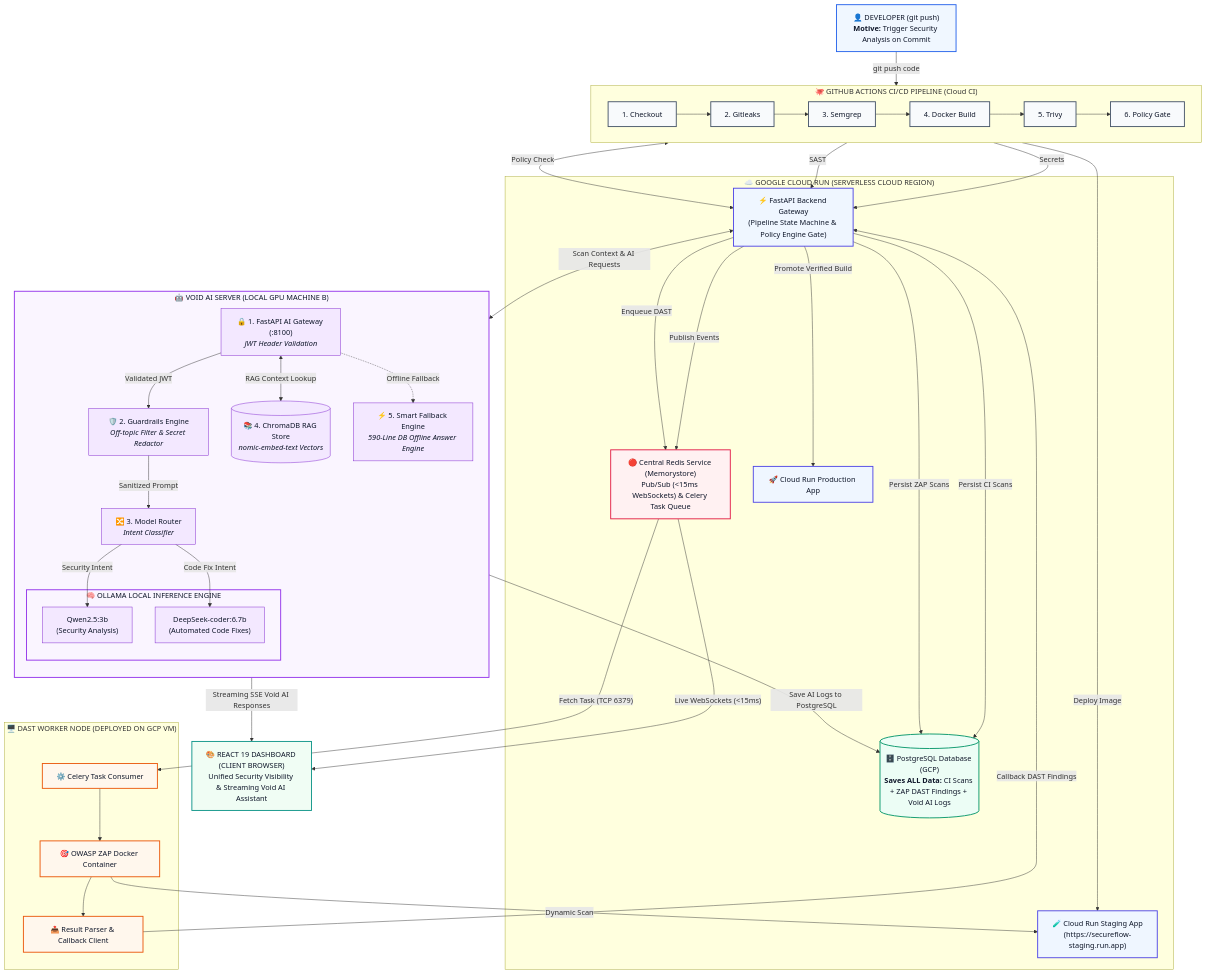
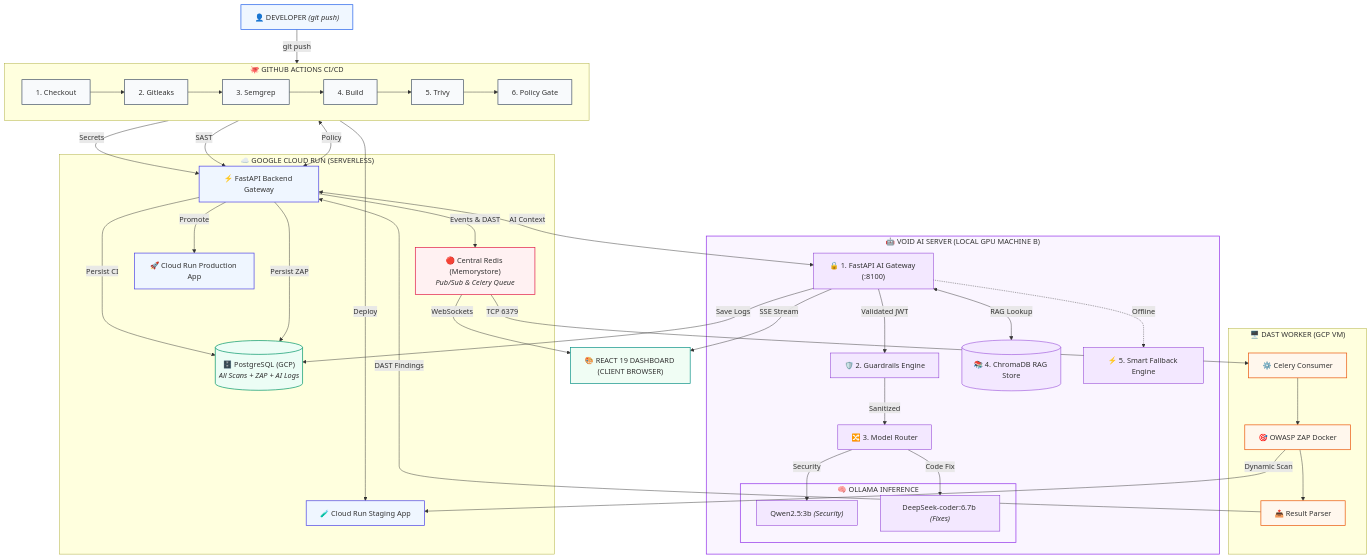
One commit to abhienix/SecureFlow changed the diagram in README.md. Above: the diagram before and after it, drawn with Mermaid.

Commit message:
docs: update architecture diagram with compact flowchart

````diff
--- a/README.md
+++ b/README.md
@@ -25,94 +25,80 @@
 ```mermaid
 flowchart TD
-    %% 1. DEVELOPER TRIGGER
-    Dev["👤 DEVELOPER (git push)<br/><b>Motive:</b> Trigger Security Analysis on Commit"]
-
-    %% 2. GITHUB ACTIONS PIPELINE (Cloud CI)
-    subgraph CI["🐙 GITHUB ACTIONS CI/CD PIPELINE (Cloud CI)"]
+    %% DEVELOPER & CI PIPELINE
+    Dev["👤 DEVELOPER <i>(git push)</i>"] -->|"git push"| CI
+    subgraph CI["🐙 GITHUB ACTIONS CI/CD"]
         direction LR
-        S1["1. Checkout"] --> S2["2. Gitleaks"] --> S3["3. Semgrep"] --> S4["4. Docker Build"] --> S5["5. Trivy"] --> S6["6. Policy Gate"]
+        S1["1. Checkout"] --> S2["2. Gitleaks"] --> S3["3. Semgrep"] --> S4["4. Build"] --> S5["5. Trivy"] --> S6["6. Policy Gate"]
     end
 
-    %% 3. GOOGLE CLOUD RUN SERVICES & DATABASE
-    subgraph CLOUD_RUN["☁️ GOOGLE CLOUD RUN (SERVERLESS CLOUD REGION)"]
-        BE["⚡ FastAPI Backend Gateway<br/>(Pipeline State Machine & Policy Engine Gate)"]
-        PG[("🗄️ PostgreSQL Database (GCP)<br/><b>Saves ALL Data:</b> CI Scans + ZAP DAST Findings + Void AI Logs")]
-        RD["🔴 Central Redis Service (Memorystore)<br/>Pub/Sub (&lt;15ms WebSockets) & Celery Task Queue"]
-        STG["🧪 Cloud Run Staging App<br/>(https://secureflow-staging.run.app)"]
+    %% CLOUD RUN & STORAGE
+    subgraph CLOUD_RUN["☁️ GOOGLE CLOUD RUN (SERVERLESS)"]
+        BE["⚡ FastAPI Backend Gateway"]
+        PG[("🗄️ PostgreSQL (GCP)<br/><i>All Scans + ZAP + AI Logs</i>")]
+        RD["🔴 Central Redis (Memorystore)<br/><i>Pub/Sub & Celery Queue</i>"]
+        STG["🧪 Cloud Run Staging App"]
         PROD["🚀 Cloud Run Production App"]
     end
 
-    %% 4. GCP VM WORKER NODE (DAST EXECUTION)
-    subgraph GCP_VM["🖥️ DAST WORKER NODE (DEPLOYED ON GCP VM)"]
-        CELERY["⚙️ Celery Task Consumer"]
-        ZAP["🎯 OWASP ZAP Docker Container"]
-        CALLBACK["📤 Result Parser & Callback Client"]
+    %% VOID AI GPU SERVER
+    subgraph GPU_VM["🤖 VOID AI SERVER (LOCAL GPU MACHINE B)"]
+        AI_GW["🔒 1. FastAPI AI Gateway (:8100)"]
+        GRD["🛡️ 2. Guardrails Engine"]
+        MR["🔀 3. Model Router"]
         
-        CELERY --> ZAP --> CALLBACK
+        subgraph OLLAMA["🧠 OLLAMA INFERENCE"]
+            QWEN["Qwen2.5:3b <i>(Security)</i>"]
+            DEEPSEEK["DeepSeek-coder:6.7b <i>(Fixes)</i>"]
+        end
+
+        CDB[("📚 4. ChromaDB RAG Store")]
+        FALLBACK["⚡ 5. Smart Fallback Engine"]
+
+        AI_GW -->|"Validated JWT"| GRD -->|"Sanitized"| MR
+        MR -->|"Security"| QWEN
+        MR -->|"Code Fix"| DEEPSEEK
+        AI_GW <-->|"RAG Lookup"| CDB
+        AI_GW -.->|"Offline"| FALLBACK
     end
 
-    %% 5. VOID AI SERVER (LOCAL GPU MACHINE B)
-    subgraph GPU_VM["🤖 VOID AI SERVER (LOCAL GPU MACHINE B)"]
-        direction TB
-        AI_GW["🔒 1. FastAPI AI Gateway (:8100)<br/><i>JWT Header Validation</i>"]
-        GRD["🛡️ 2. Guardrails Engine<br/><i>Off-topic Filter & Secret Redactor</i>"]
-        MR["🔀 3. Model Router<br/><i>Intent Classifier</i>"]
-        
-        subgraph OLLAMA_BOX["🧠 OLLAMA LOCAL INFERENCE ENGINE"]
-            QWEN["Qwen2.5:3b<br/>(Security Analysis)"]
-            DEEPSEEK["DeepSeek-coder:6.7b<br/>(Automated Code Fixes)"]
-        end
-
-        CDB[("📚 4. ChromaDB RAG Store<br/><i>nomic-embed-text Vectors</i>")]
-        FALLBACK["⚡ 5. Smart Fallback Engine<br/><i>590-Line DB Offline Answer Engine</i>"]
-
-        %% INTERNAL AI WORKFLOW CONNECTIONS
-        AI_GW -->|"Validated JWT"| GRD
-        GRD -->|"Sanitized Prompt"| MR
-        MR -->|"Security Intent"| QWEN
-        MR -->|"Code Fix Intent"| DEEPSEEK
-        AI_GW <-->|"RAG Context Lookup"| CDB
-        AI_GW -.->|"Offline Fallback"| FALLBACK
+    %% DAST WORKER NODE
+    subgraph GCP_VM["🖥️ DAST WORKER (GCP VM)"]
+        CELERY["⚙️ Celery Consumer"] --> ZAP["🎯 OWASP ZAP Docker"] --> CALLBACK["📤 Result Parser"]
     end
 
-    %% 6. CLIENT BROWSER DASHBOARD
-    FE["🎨 REACT 19 DASHBOARD (CLIENT BROWSER)<br/>Unified Security Visibility & Streaming Void AI Assistant"]
+    %% DASHBOARD
+    FE["🎨 REACT 19 DASHBOARD (CLIENT BROWSER)"]
 
-    %% EXTERNAL DATA FLOW CONNECTIONS
-    Dev -->|"git push code"| S1
-
+    %% DATA FLOW CONNECTIONS
     S2 -->|"Secrets"| BE
     S3 -->|"SAST"| BE
-    S5 <-->|"Policy Check"| BE
-    S6 -->|"Deploy Image"| STG
+    S5 <-->|"Policy"| BE
+    S6 -->|"Deploy"| STG
 
-    BE -->|"Persist CI Scans"| PG
-    BE -->|"Publish Events"| RD
-    BE -->|"Enqueue DAST"| RD
+    BE -->|"Persist CI"| PG
+    BE -->|"Events & DAST"| RD
+    BE <-->|"AI Context"| AI_GW
+    BE -->|"Promote"| PROD
 
-    RD -->|"Fetch Task (TCP 6379)"| CELERY
+    RD -->|"TCP 6379"| CELERY
     ZAP -->|"Dynamic Scan"| STG
-    CALLBACK -->|"Callback DAST Findings"| BE
-    BE -->|"Persist ZAP Scans"| PG
+    CALLBACK -->|"DAST Findings"| BE
+    BE -->|"Persist ZAP"| PG
 
-    %% AI SERVER DATA FLOWS
-    BE <-->|"Scan Context & AI Requests"| AI_GW
-    AI_GW -->|"Save AI Logs to PostgreSQL"| PG
-    AI_GW -->|"Streaming SSE Void AI Responses"| FE
-    RD -->|"Live WebSockets (&lt;15ms)"| FE
+    AI_GW -->|"Save Logs"| PG
+    AI_GW -->|"SSE Stream"| FE
+    RD -->|"WebSockets"| FE
 
-    BE -->|"Promote Verified Build"| PROD
-
-    %% ELEGANT EXECUTIVE LIGHT PASTEL ACCENT COLOR PALETTE!
-    classDef devStyle fill:#f0f7ff,stroke:#2563eb,stroke-width:2px,color:#0f172a;
-    classDef ciStyle fill:#f8fafc,stroke:#475569,stroke-width:2px,color:#0f172a;
-    classDef beStyle fill:#eff6ff,stroke:#4f46e5,stroke-width:2px,color:#0f172a;
-    classDef dbStyle fill:#ecfdf5,stroke:#059669,stroke-width:2px,color:#0f172a;
-    classDef redisStyle fill:#fff1f2,stroke:#e11d48,stroke-width:2px,color:#0f172a;
-    classDef gcpStyle fill:#fff7ed,stroke:#ea580c,stroke-width:2px,color:#0f172a;
-    classDef gpuStyle fill:#faf5ff,stroke:#9333ea,stroke-width:2px,color:#0f172a;
-    classDef aiInternal fill:#f3e8ff,stroke:#7e22ce,stroke-width:1px,color:#0f172a;
-    classDef feStyle fill:#f0fdf4,stroke:#0d9488,stroke-width:2px,color:#0f172a;
+    %% STYLING
+    classDef devStyle fill:#f0f7ff,stroke:#2563eb,stroke-width:1.5px;
+    classDef ciStyle fill:#f8fafc,stroke:#475569,stroke-width:1.5px;
+    classDef beStyle fill:#eff6ff,stroke:#4f46e5,stroke-width:1.5px;
+    classDef dbStyle fill:#ecfdf5,stroke:#059669,stroke-width:1.5px;
+    classDef redisStyle fill:#fff1f2,stroke:#e11d48,stroke-width:1.5px;
+    classDef gcpStyle fill:#fff7ed,stroke:#ea580c,stroke-width:1.5px;
+    classDef gpuStyle fill:#faf5ff,stroke:#9333ea,stroke-width:1.5px;
+    classDef aiInternal fill:#f3e8ff,stroke:#7e22ce,stroke-width:1px;
+    classDef feStyle fill:#f0fdf4,stroke:#0d9488,stroke-width:1.5px;
 
     class Dev devStyle
     class S1,S2,S3,S4,S5,S6 ciStyle
@@ -120,7 +106,7 @@
     class PG dbStyle
     class RD redisStyle
     class CELERY,ZAP,CALLBACK gcpStyle
-    class GPU_VM,OLLAMA_BOX gpuStyle
+    class GPU_VM,OLLAMA gpuStyle
     class AI_GW,GRD,MR,QWEN,DEEPSEEK,CDB,FALLBACK aiInternal
     class FE feStyle
 ```
````
